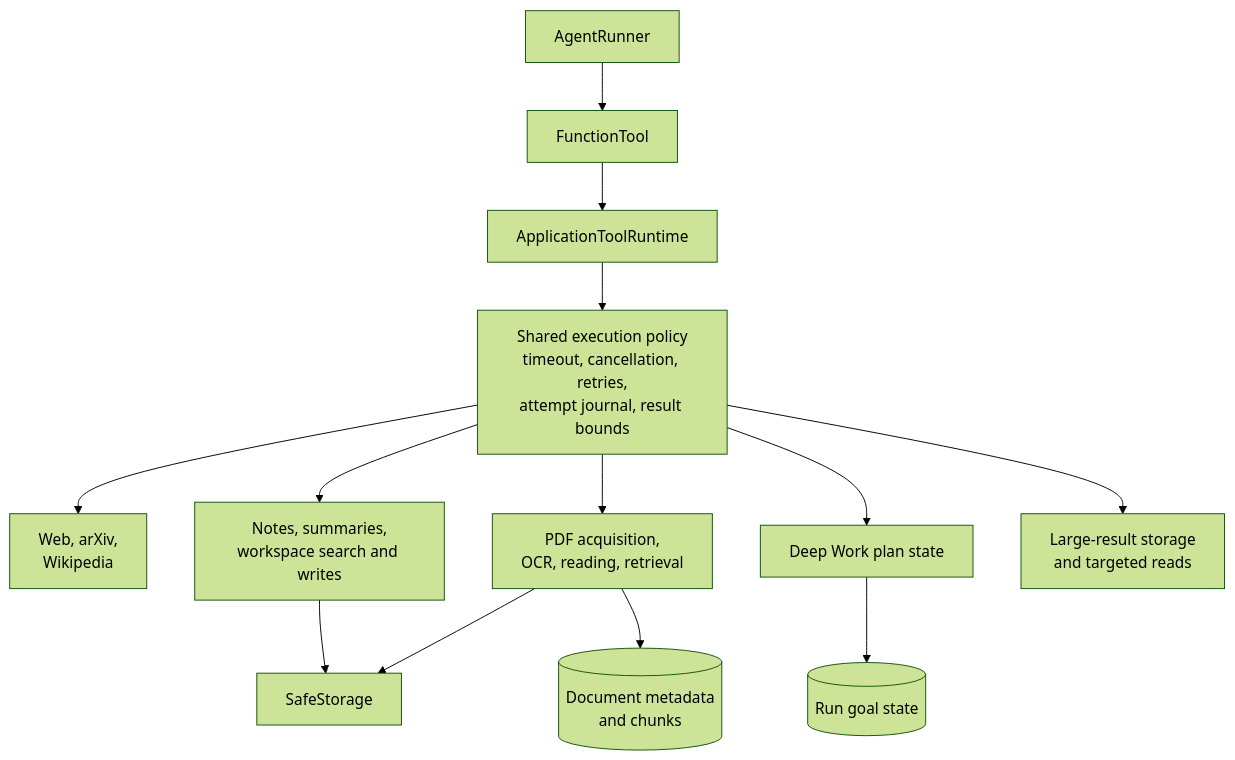
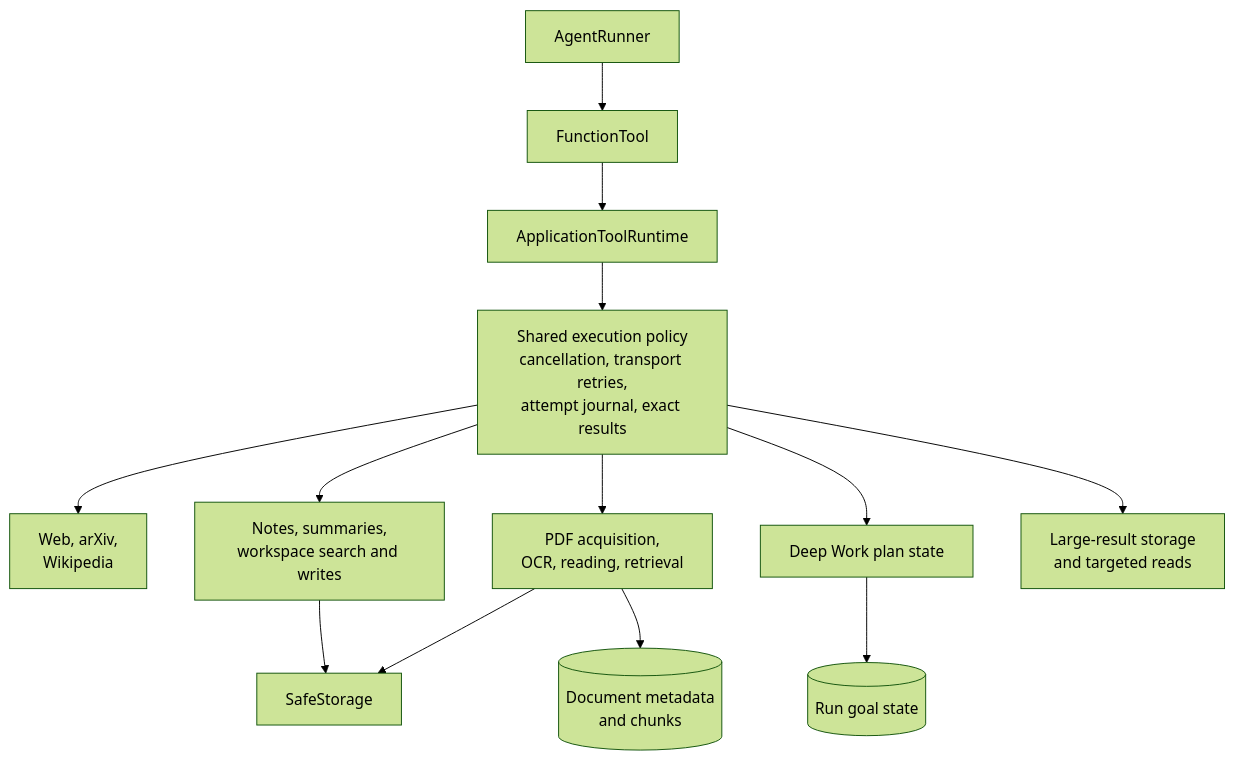
One commit to giridharmunagala/scholarweave changed the seventh of 16 diagrams in docs/architecture.md. Above: the diagram before and after it, drawn with Mermaid (forest theme). The commit also changed other lines of this file and 89 other files, not shown here.

````diff
--- a/docs/architecture.md
+++ b/docs/architecture.md
@@ -259,18 +259,18 @@
 ```mermaid
 flowchart TD
     Agent[AgentRunner] --> Tool[FunctionTool]
     Tool --> Runtime[ApplicationToolRuntime]
 
-    Runtime --> Middleware["Shared execution policy<br/>timeout, cancellation, retries,<br/>attempt journal, result bounds"]
+    Runtime --> Middleware["Shared execution policy<br/>cancellation, transport retries,<br/>attempt journal, exact results"]
 
     Middleware --> Sources[Web, arXiv,<br/>Wikipedia]
     Middleware --> Documents[PDF acquisition,<br/>OCR, reading, retrieval]
     Middleware --> Workspace[Notes, summaries,<br/>workspace search and writes]
     Middleware --> Plans[Deep Work plan state]
     Middleware --> Results[Large-result storage<br/>and targeted reads]
 
     Documents --> Storage[SafeStorage]
     Workspace --> Storage
     Documents --> DocDB[(Document metadata<br/>and chunks)]
     Plans --> RunDB[(Run goal state)]
 ```
````
